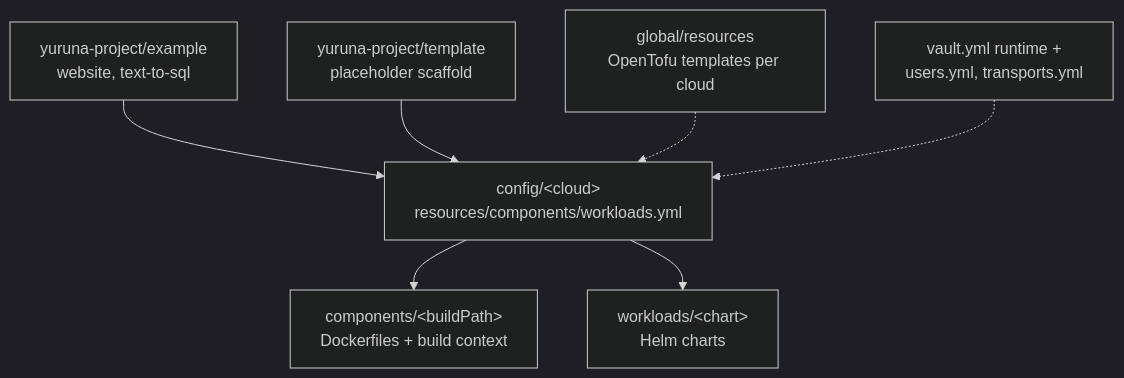
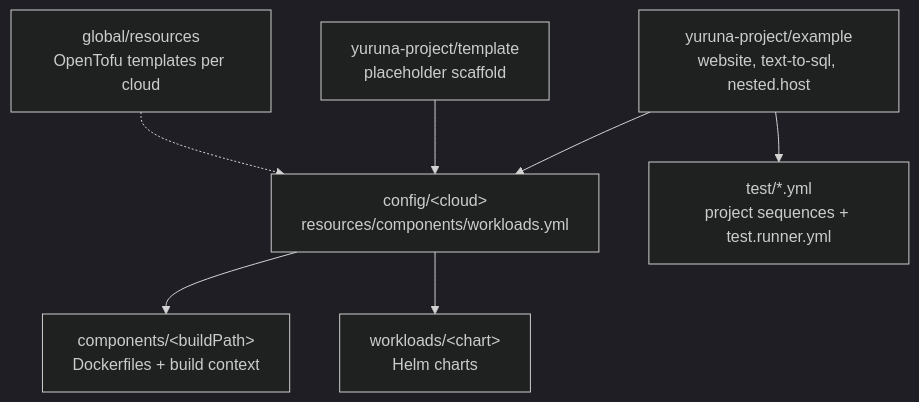
One commit to alissonsol/yuruna changed the sixth of 7 diagrams in docs/design/02-component-breakdown.md. Above: the diagram before and after it, drawn with Mermaid (dark theme). The commit also changed other lines of this file and 536 other files, not shown here.

````diff
--- a/docs/design/02-component-breakdown.md
+++ b/docs/design/02-component-breakdown.md
@@ -120,17 +259,17 @@
 ```mermaid
 flowchart TD
-    examples[yuruna-project/example<br/>website, text-to-sql]
+    examples[yuruna-project/example<br/>website, text-to-sql, nested.host]
     template[yuruna-project/template<br/>placeholder scaffold]
     cloud-config[config/&lt;cloud&gt;<br/>resources/components/workloads.yml]
     components-dir[components/&lt;buildPath&gt;<br/>Dockerfiles + build context]
     workloads-dir[workloads/&lt;chart&gt;<br/>Helm charts]
     global-resources[global/resources<br/>OpenTofu templates per cloud]
-    vault[vault.yml runtime +<br/>users.yml, transports.yml]
+    sequences[test/*.yml<br/>project sequences + test.runner.yml]
 
     examples --> cloud-config
     template --> cloud-config
     cloud-config --> components-dir
     cloud-config --> workloads-dir
     global-resources -.-> cloud-config
-    vault -.-> cloud-config
+    examples --> sequences
 ```
````
